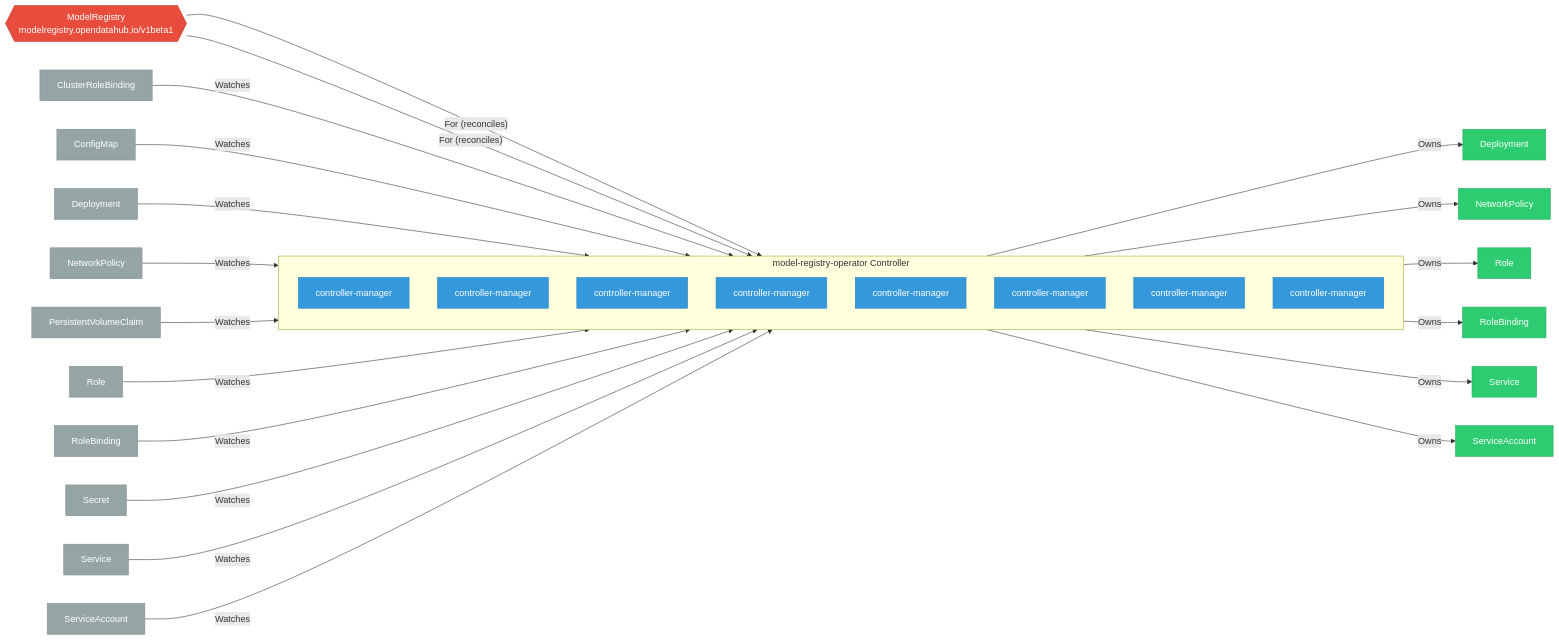
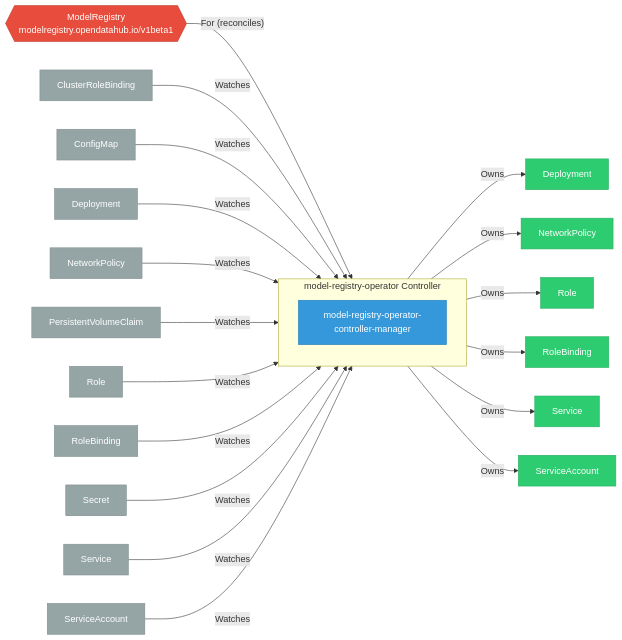
The diagram in site/docs/odh-platform/components/model_registry_operator/index.md (ugiordan/architecture-analyzer), drawn with Mermaid before and after one commit. The commit also changed other lines of this file and 299 other files, not shown here.

````diff
--- a/site/docs/odh-platform/components/model_registry_operator/index.md
+++ b/site/docs/odh-platform/components/model_registry_operator/index.md
@@ -25,68 +25,51 @@
 ```mermaid
 graph LR
     %% Component architecture for model-registry-operator
 
     classDef crd fill:#e74c3c,stroke:#c0392b,color:#fff
     classDef controller fill:#3498db,stroke:#2980b9,color:#fff
     classDef owned fill:#2ecc71,stroke:#27ae60,color:#fff
     classDef external fill:#95a5a6,stroke:#7f8c8d,color:#fff
     classDef dep fill:#f39c12,stroke:#e67e22,color:#fff
 
     subgraph controller["model-registry-operator Controller"]
-        dep_1["controller-manager"]
+        dep_1["model-registry-operator-controller-manager"]
         class dep_1 controller
-        dep_2["controller-manager"]
-        class dep_2 controller
-        dep_3["controller-manager"]
-        class dep_3 controller
-        dep_4["controller-manager"]
-        class dep_4 controller
-        dep_5["controller-manager"]
-        class dep_5 controller
-        dep_6["controller-manager"]
-        class dep_6 controller
-        dep_7["controller-manager"]
-        class dep_7 controller
-        dep_8["controller-manager"]
-        class dep_8 controller
     end
 
-    crd_ModelRegistry{{"ModelRegistry\nmodelregistry.opendatahub.io/v1alpha1"}}
-    class crd_ModelRegistry crd
-    crd_ModelRegistry -->|"For (reconciles)"| controller
     crd_ModelRegistry{{"ModelRegistry\nmodelregistry.opendatahub.io/v1beta1"}}
     class crd_ModelRegistry crd
     crd_ModelRegistry -->|"For (reconciles)"| controller
-    controller -->|"Owns"| owned_9["Deployment"]
-    class owned_9 owned
-    controller -->|"Owns"| owned_10["NetworkPolicy"]
-    class owned_10 owned
-    controller -->|"Owns"| owned_11["Role"]
-    class owned_11 owned
-    controller -->|"Owns"| owned_12["RoleBinding"]
-    class owned_12 owned
-    controller -->|"Owns"| owned_13["Service"]
-    class owned_13 owned
-    controller -->|"Owns"| owned_14["ServiceAccount"]
-    class owned_14 owned
-    watch_15["ClusterRoleBinding"] -->|"Watches"| controller
+    controller -->|"Owns"| owned_2["Deployment"]
+    class owned_2 owned
+    controller -->|"Owns"| owned_3["NetworkPolicy"]
+    class owned_3 owned
+    controller -->|"Owns"| owned_4["Role"]
+    class owned_4 owned
+    controller -->|"Owns"| owned_5["RoleBinding"]
+    class owned_5 owned
+    controller -->|"Owns"| owned_6["Service"]
+    class owned_6 owned
+    controller -->|"Owns"| owned_7["ServiceAccount"]
+    class owned_7 owned
+    watch_8["ClusterRoleBinding"] -->|"Watches"| controller
+    class watch_8 external
+    watch_9["ConfigMap"] -->|"Watches"| controller
+    class watch_9 external
+    watch_10["Deployment"] -->|"Watches"| controller
+    class watch_10 external
+    watch_11["NetworkPolicy"] -->|"Watches"| controller
+    class watch_11 external
+    watch_12["PersistentVolumeClaim"] -->|"Watches"| controller
+    class watch_12 external
+    watch_13["Role"] -->|"Watches"| controller
+    class watch_13 external
+    watch_14["RoleBinding"] -->|"Watches"| controller
+    class watch_14 external
+    watch_15["Secret"] -->|"Watches"| controller
     class watch_15 external
-    watch_16["ConfigMap"] -->|"Watches"| controller
+    watch_16["Service"] -->|"Watches"| controller
     class watch_16 external
-    watch_17["Deployment"] -->|"Watches"| controller
+    watch_17["ServiceAccount"] -->|"Watches"| controller
     class watch_17 external
-    watch_18["NetworkPolicy"] -->|"Watches"| controller
-    class watch_18 external
-    watch_19["PersistentVolumeClaim"] -->|"Watches"| controller
-    class watch_19 external
-    watch_20["Role"] -->|"Watches"| controller
-    class watch_20 external
-    watch_21["RoleBinding"] -->|"Watches"| controller
-    class watch_21 external
-    watch_22["Secret"] -->|"Watches"| controller
-    class watch_22 external
-    watch_23["Service"] -->|"Watches"| controller
-    class watch_23 external
-    watch_24["ServiceAccount"] -->|"Watches"| controller
-    class watch_24 external
 ```
````
